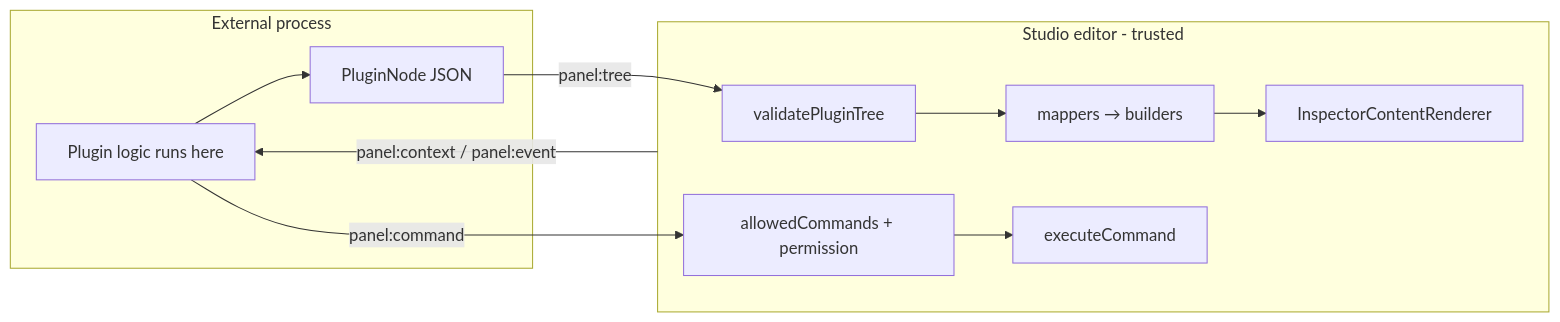
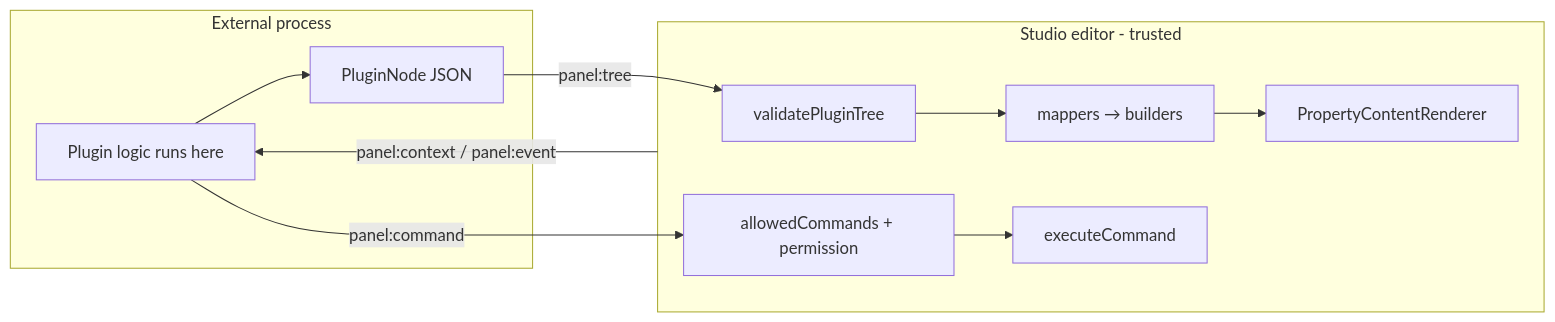
Before and after one commit to openenvx/editor: the first of 2 diagrams in Plugin-boundaries.md, drawn with Mermaid. The commit also changed other lines of this file and 66 other files, not shown here.

First line of the commit message:
feat: refactor inspector and property pane integration for enhanced UI management

````diff
--- a/Plugin-boundaries.md
+++ b/Plugin-boundaries.md
@@ -11,19 +11,19 @@
 ```mermaid
 flowchart LR
   subgraph parent [External process]
     ExtJS["Plugin logic runs here"]
     Tree["PluginNode JSON"]
     ExtJS --> Tree
   end
   subgraph host [Studio editor - trusted]
     Validate["validatePluginTree"]
     Mapper["mappers → builders"]
-    Render["InspectorContentRenderer"]
+    Render["PropertyContentRenderer"]
     Gate["allowedCommands + permission"]
     Validate --> Mapper --> Render
     Gate --> Commands["executeCommand"]
   end
   Tree -->|"panel:tree"| Validate
   host -->|"panel:context / panel:event"| ExtJS
   ExtJS -->|"panel:command"| Gate
 ```
````
